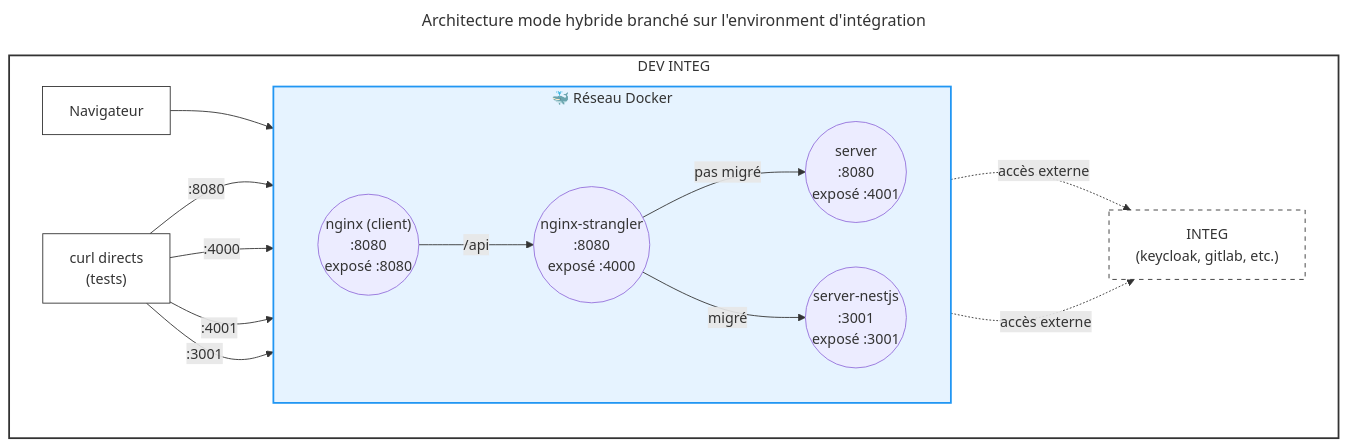
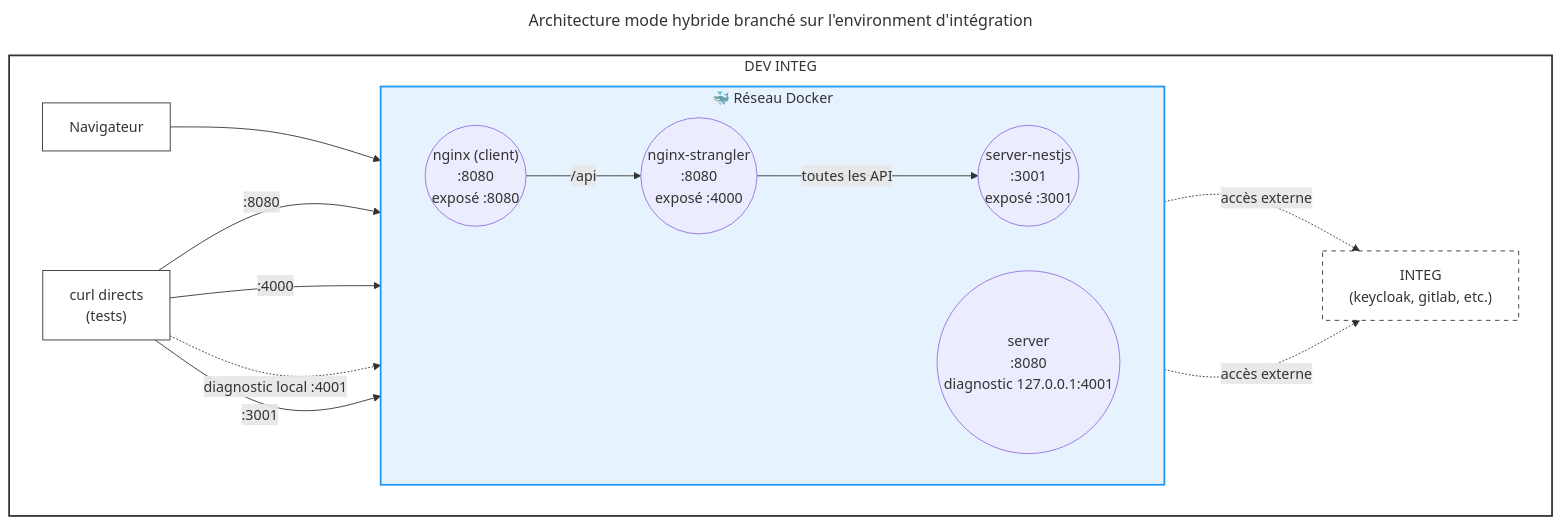
The second of 2 diagrams in ENVIRONMENTS.md (cloud-pi-native/console), drawn with Mermaid before and after one commit. The commit also changed other lines of this file and 7 other files, not shown here.

````diff
--- a/ENVIRONMENTS.md
+++ b/ENVIRONMENTS.md
@@ -346,40 +346,39 @@
 ```mermaid
 ---
 title: Architecture mode hybride branché sur l'environment d'intégration
 ---
 graph LR
 
   subgraph DEV_INTEG["DEV INTEG"]
     direction LR
     NAV_I["Navigateur"]
     CURL_I["curl directs\n(tests)"]
     INTEG["INTEG\n(keycloak, gitlab, etc.)"]
 
     subgraph DOCKER_NET["🐳 Réseau Docker"]
       direction LR
       NGINX_I(("nginx (client)\n:8080\nexposé :8080"))
       STRANGLER_I(("nginx-strangler\n:8080\nexposé :4000"))
-      SERVER_I(("server\n:8080\nexposé :4001"))
+      SERVER_I(("server\n:8080\ndiagnostic 127.0.0.1:4001"))
       NESTJS_I(("server-nestjs\n:3001\nexposé :3001"))
 
       NGINX_I -- "/api" --> STRANGLER_I
-      STRANGLER_I -- "pas migré" --> SERVER_I
-      STRANGLER_I -- "migré" --> NESTJS_I
+      STRANGLER_I -- "toutes les API" --> NESTJS_I
     end
 
     NAV_I --> NGINX_I
     SERVER_I -. "accès externe" .-> INTEG
     NESTJS_I -. "accès externe" .-> INTEG
 
     CURL_I -- ":8080" --> NGINX_I
     CURL_I -- ":4000" --> STRANGLER_I
-    CURL_I -- ":4001" --> SERVER_I
+    CURL_I -. "diagnostic local :4001" .-> SERVER_I
     CURL_I -- ":3001" --> NESTJS_I
   end
 
   style DEV_INTEG fill:#fff,stroke:#333,stroke-width:2px
   style DOCKER_NET fill:#e6f3ff,stroke:#2196F3,stroke-width:2px
   style NAV_I fill:#fff,stroke:#333
   style CURL_I fill:#fff,stroke:#333
   style INTEG fill:#fff,stroke:#333,stroke-dasharray: 5 5
 ```
````
